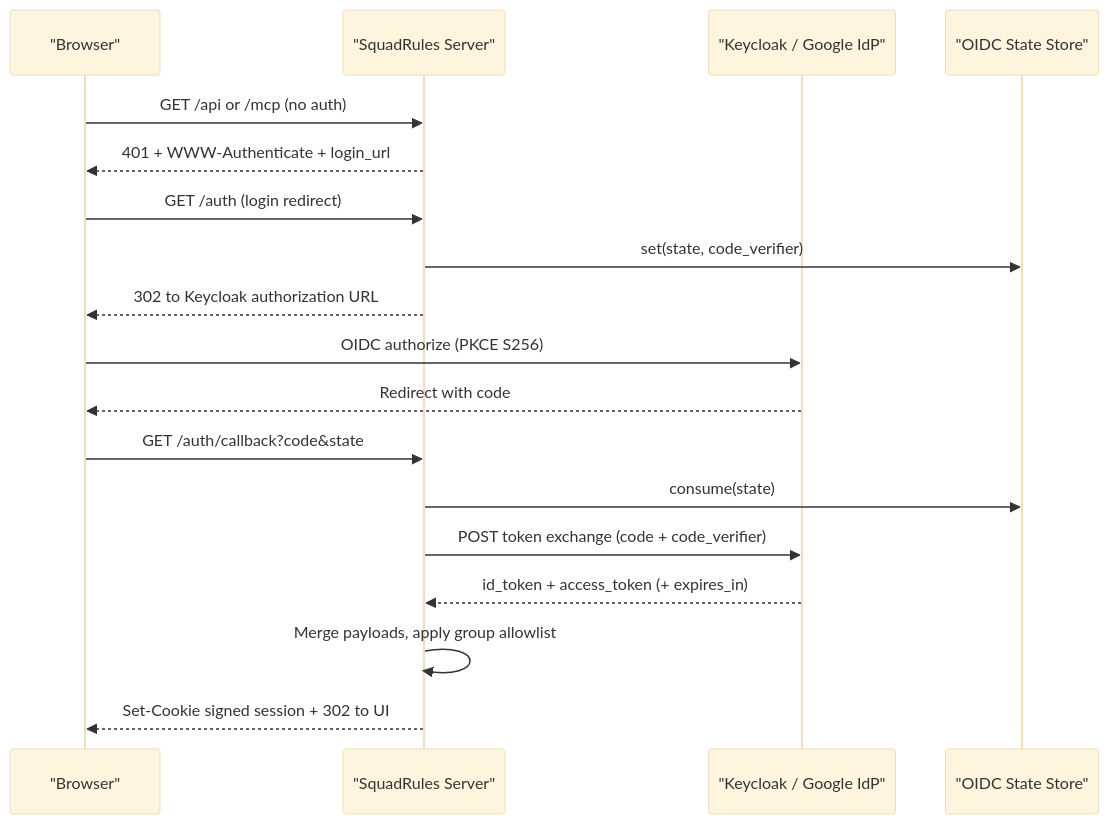
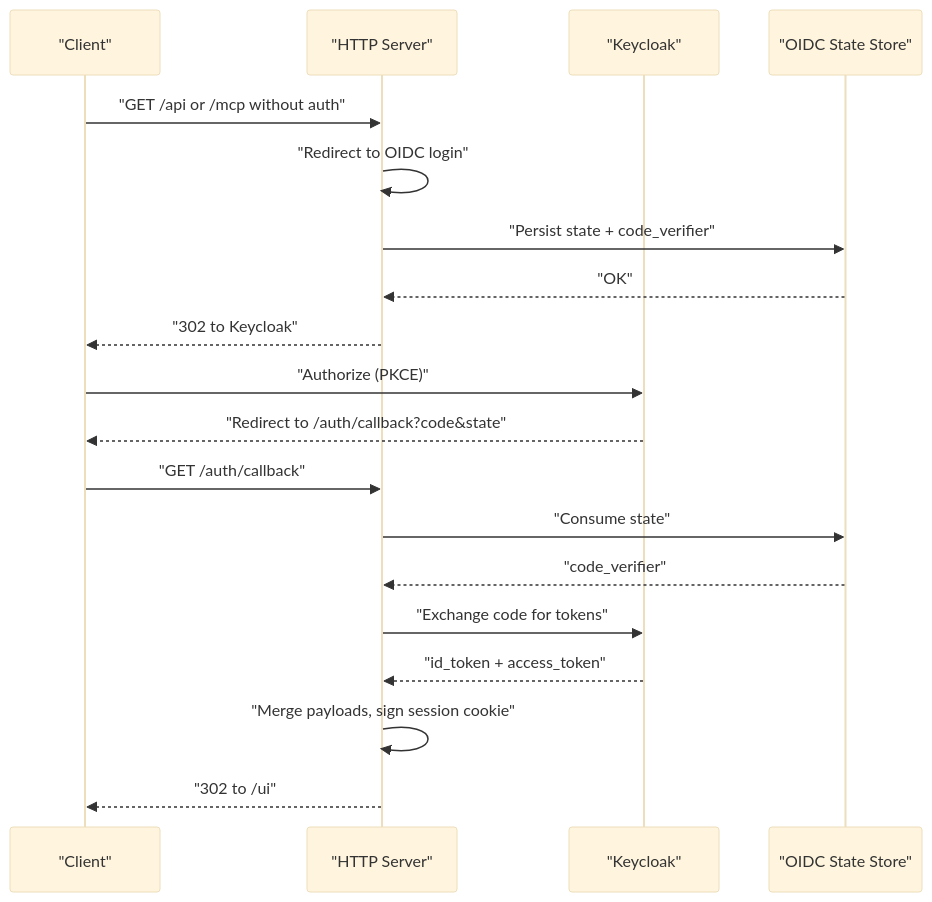
One commit to SquadRules/mcp changed the second of 9 diagrams in .qoder/repowiki/en/content/Authentication & Security.md. Above: the diagram before and after it, drawn with Mermaid (base theme). The commit also changed other lines of this file and 602 other files, not shown here.

````diff
--- a/.qoder/repowiki/en/content/Authentication & Security.md
+++ b/.qoder/repowiki/en/content/Authentication & Security.md
@@ -95,20 +120,21 @@
 ```mermaid
 sequenceDiagram
-participant Browser as "Browser"
-participant App as "SquadRules Server"
-participant IdP as "Keycloak / Google IdP"
+participant Client as "Client"
+participant Server as "HTTP Server"
+participant Keycloak as "Keycloak"
 participant Store as "OIDC State Store"
-Browser->>App : GET /api or /mcp (no auth)
-App-->>Browser : 401 + WWW-Authenticate + login_url
-Browser->>App : GET /auth (login redirect)
-App->>Store : set(state, code_verifier)
-App-->>Browser : 302 to Keycloak authorization URL
-Browser->>IdP : OIDC authorize (PKCE S256)
-IdP-->>Browser : Redirect with code
-Browser->>App : GET /auth/callback?code&state
-App->>Store : consume(state)
-App->>IdP : POST token exchange (code + code_verifier)
-IdP-->>App : id_token + access_token (+ expires_in)
-App->>App : Merge payloads, apply group allowlist
-App-->>Browser : Set-Cookie signed session + 302 to UI
+Client->>Server : "GET /api or /mcp without auth"
+Server->>Server : "Redirect to OIDC login"
+Server->>Store : "Persist state + code_verifier"
+Store-->>Server : "OK"
+Server-->>Client : "302 to Keycloak"
+Client->>Keycloak : "Authorize (PKCE)"
+Keycloak-->>Client : "Redirect to /auth/callback?code&state"
+Client->>Server : "GET /auth/callback"
+Server->>Store : "Consume state"
+Store-->>Server : "code_verifier"
+Server->>Keycloak : "Exchange code for tokens"
+Keycloak-->>Server : "id_token + access_token"
+Server->>Server : "Merge payloads, sign session cookie"
+Server-->>Client : "302 to /ui"
 ```
````
